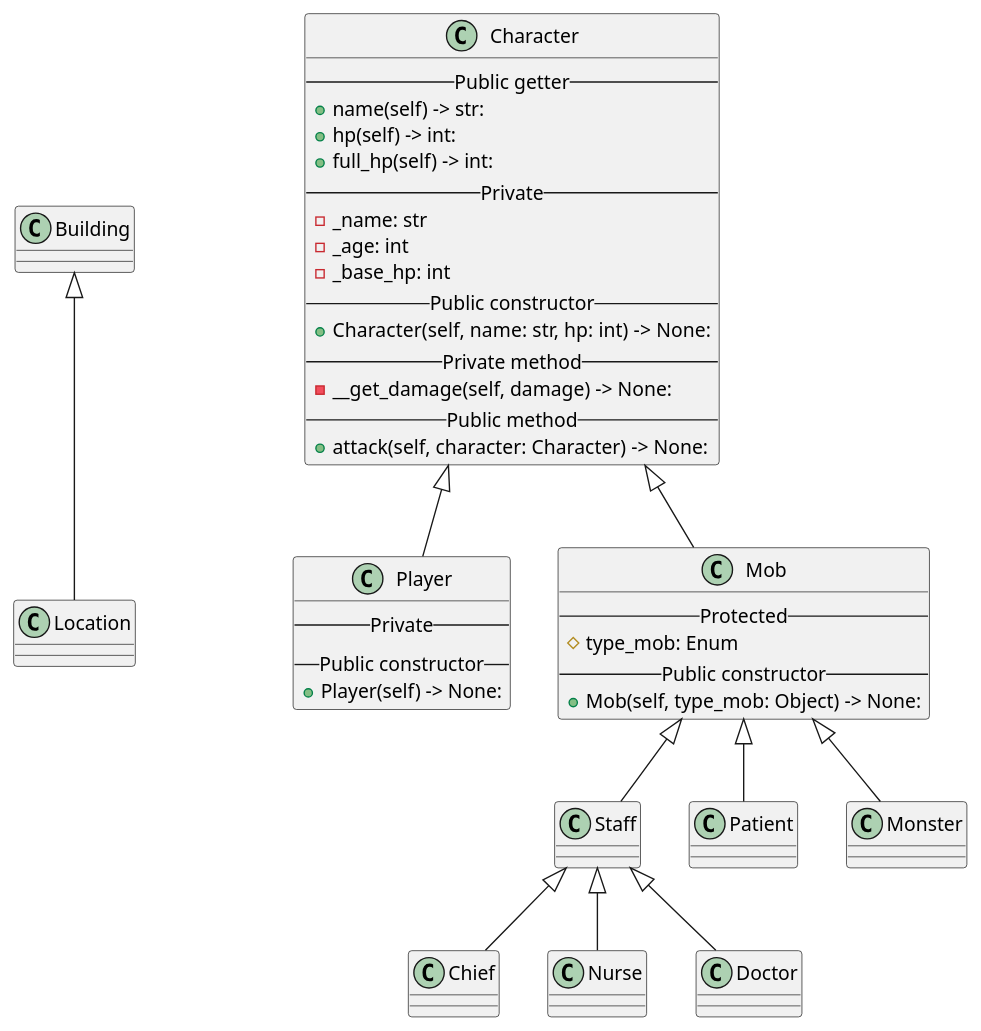
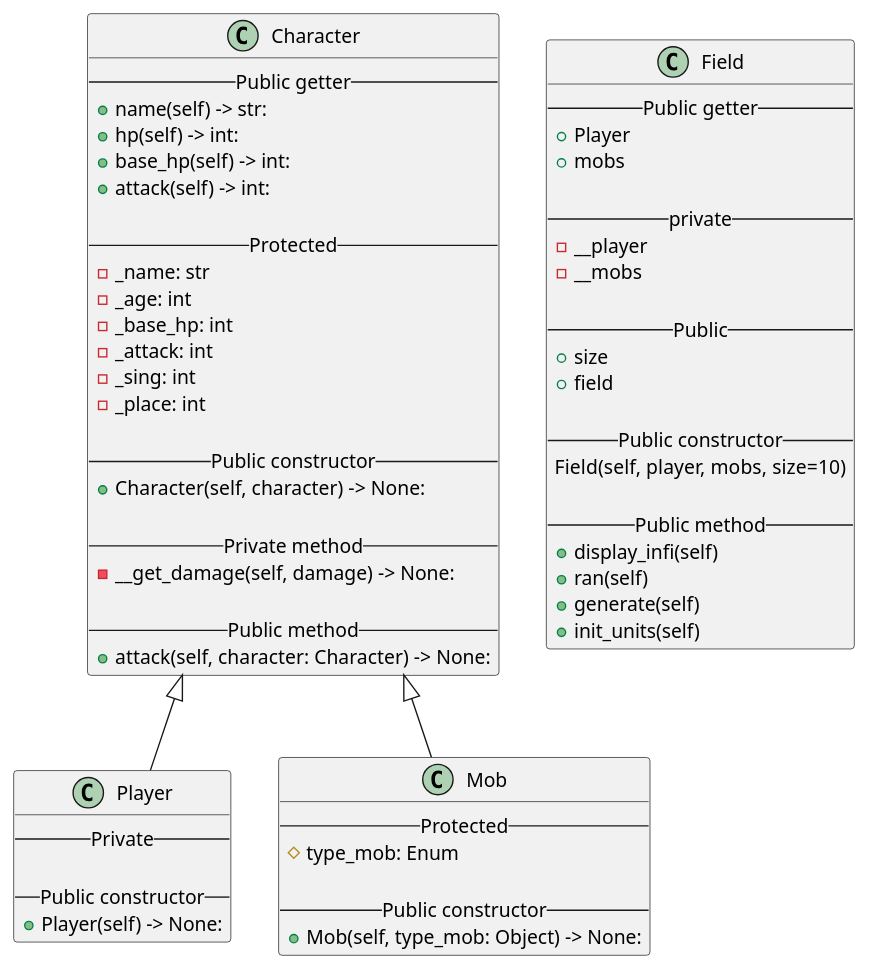
One commit to Kris465/MemoryBox changed the diagram in diagram.puml. Above: the diagram before and after it, drawn with PlantUML.

Commit message:
Modify diagram

```diff
--- a/diagram.puml
+++ b/diagram.puml
@@ -1,47 +1,78 @@
 @startuml
 
-Building <|-- Location
-
+'Building <|-- Location
 Character <|-- Player
 Character <|-- Mob
-Mob <|-- Staff
-Mob <|-- Patient
-Mob <|-- Monster
+'Mob <|-- Staff
+'Mob <|-- Patient
+'Mob <|-- Monster
 
-Staff <|-- Chief
-Staff <|-- Nurse
-Staff <|-- Doctor
+'Staff <|-- Chief
+'Staff <|-- Nurse
+'Staff <|-- Doctor
+
+class Field{
+    --Public getter--
+    +Player
+    +mobs
+
+    --private--
+    -__player
+    -__mobs
+
+    --Public--
+    +size
+    +field
+
+    --Public constructor--
+    Field(self, player, mobs, size=10)
+
+    --Public method--
+    +display_infi(self)
+    +ran(self)
+    +generate(self)
+    +init_units(self)
+}
 
 class Character{
     --Public getter--
     +name(self) -> str:
     +hp(self) -> int:
-    +full_hp(self) -> int:
-    --Private--
+    +base_hp(self) -> int:
+    +attack(self) -> int:
+
+    --Protected--
     -_name: str
     -_age: int
     -_base_hp: int
+    -_attack: int
+    -_sing: int
+    -_place: int
+
     --Public constructor--
-    +Character(self, name: str, hp: int) -> None:
-'    --Public method--
+    +Character(self, character) -> None:
+
     --Private method--
     -__get_damage(self, damage) -> None:
+
     --Public method--
     +attack(self, character: Character) -> None:
 }
 
 
 class Player{
     --Private--
+
     --Public constructor--
     +Player(self) -> None:
 }
 
 class Mob{
     --Protected--
     #type_mob: Enum
+
     --Public constructor--
     +Mob(self, type_mob: Object) -> None:
 }
 
 @enduml
```
